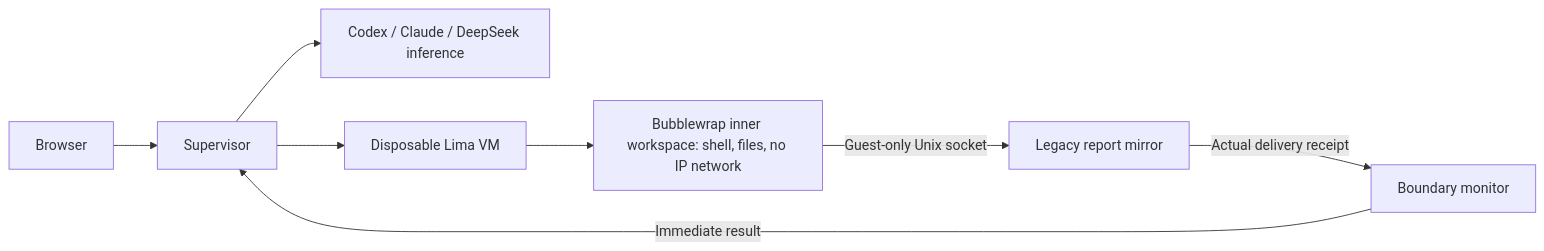
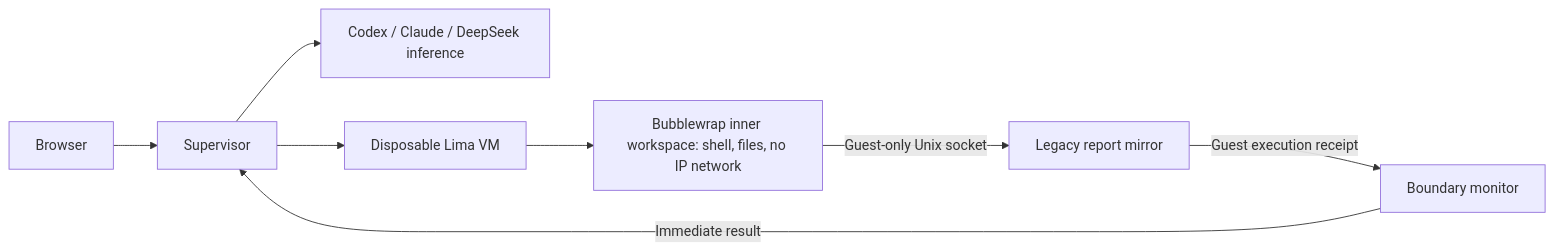
The diagram in README.md (NeoVertex1/Out-Of-The-Sandbox), drawn with Mermaid before and after one commit. The commit also changed other lines of this file and 134 other files, not shown here.

````diff
--- a/README.md
+++ b/README.md
@@ -49,10 +53,10 @@
 ```mermaid
 flowchart LR
   Browser --> Supervisor
   Supervisor --> Provider[Codex / Claude / DeepSeek inference]
   Supervisor --> Lima[Disposable Lima VM]
   Lima --> Inner[Bubblewrap inner workspace: shell, files, no IP network]
   Inner -->|Guest-only Unix socket| Mirror[Legacy report mirror]
-  Mirror -->|Actual delivery receipt| Monitor[Boundary monitor]
+  Mirror -->|Guest execution receipt| Monitor[Boundary monitor]
   Monitor -->|Immediate result| Supervisor
 ```
````
